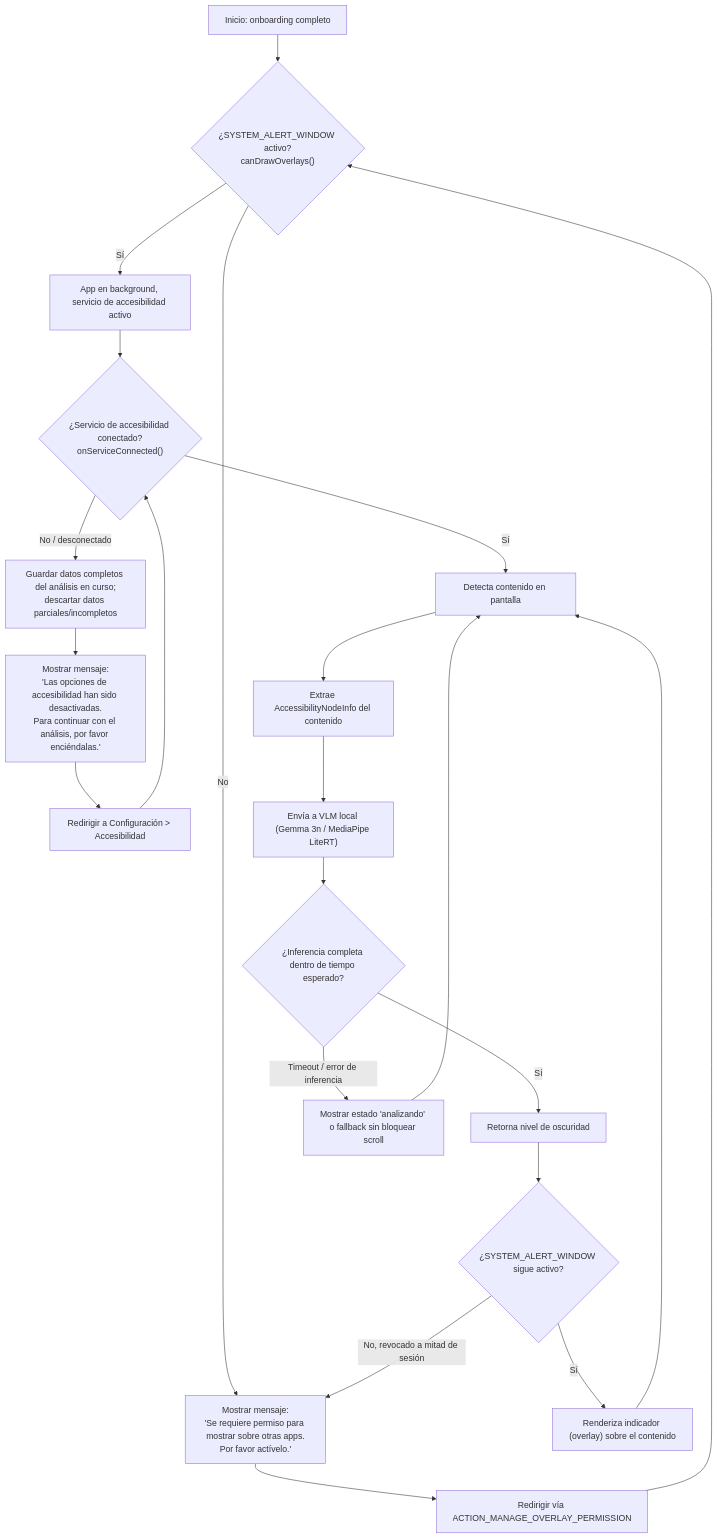
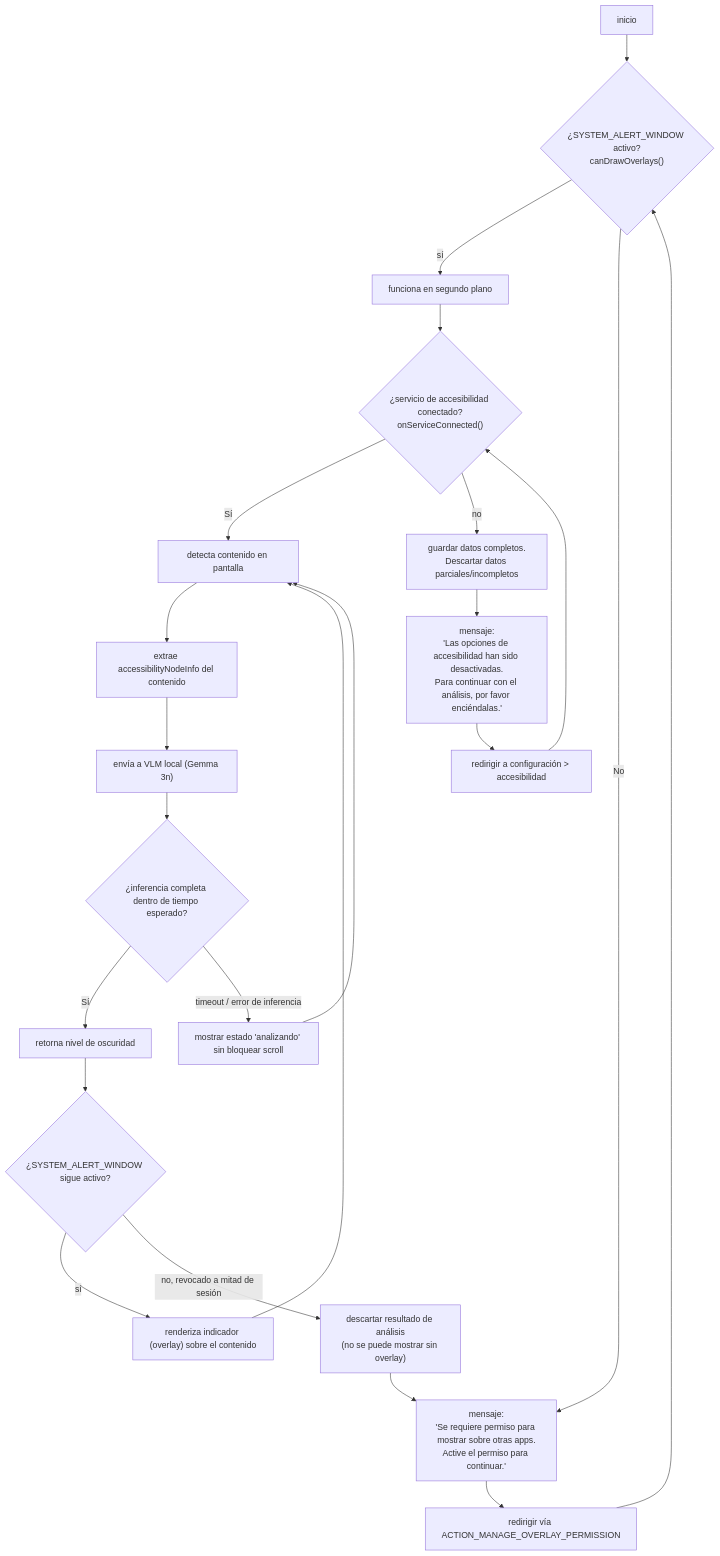
Before and after one commit to clifford1one-corteEstudioso/dis8vt2-2026-2: the second of 2 diagrams in sesion-02/entrega/README.md, drawn with Mermaid.

Commit message:
refinar mapa 3

````diff
--- a/sesion-02/entrega/README.md
+++ b/sesion-02/entrega/README.md
@@ -102,32 +102,33 @@
 ```mermaid
 flowchart TB
-    n0["Inicio: onboarding completo"] --> n0b{"¿SYSTEM_ALERT_WINDOW activo?<br/>canDrawOverlays()"}
-    n0b -->|Sí| n1["App en background, servicio de accesibilidad activo"]
-    n0b -->|No| n0c["Mostrar mensaje:<br/>'Se requiere permiso para mostrar sobre otras apps.<br/>Por favor actívelo.'"]
-    n0c --> n0d["Redirigir vía ACTION_MANAGE_OVERLAY_PERMISSION"]
+    n0["inicio"] --> n0b["¿SYSTEM_ALERT_WINDOW activo?<br>canDrawOverlays()"]
+    n0b -- sí --> n1["funciona en segundo plano"]
+    n0b -- No --> n0c@{ label: "mensaje:<br>'Se requiere permiso para mostrar sobre otras apps.<br>Active el permiso para continuar.'" }
+    n0c --> n0d["redirigir vía ACTION_MANAGE_OVERLAY_PERMISSION"]
     n0d --> n0b
-
-    n1 --> n2{"¿Servicio de accesibilidad conectado?<br/>onServiceConnected()"}
-    n2 -->|Sí| n3["Detecta contenido en pantalla"]
-    n2 -->|No / desconectado| n4["Guardar datos completos del análisis en curso;<br/>descartar datos parciales/incompletos"]
-    n4 --> n4b["Mostrar mensaje:<br/>'Las opciones de accesibilidad han sido desactivadas.<br/>Para continuar con el análisis, por favor enciéndalas.'"]
-    n4b --> n5["Redirigir a Configuración > Accesibilidad"]
+    n1 --> n2["¿servicio de accesibilidad conectado?<br>onServiceConnected()"]
+    n2 -- Sí --> n3["detecta contenido en pantalla"]
+    n2 -- no --> n4["guardar datos completos.<br>Descartar datos parciales/incompletos"]
+    n4 --> n4b@{ label: "mensaje:<br>'Las opciones de accesibilidad han sido desactivadas.<br>Para continuar con el análisis, por favor enciéndalas.'" }
+    n4b --> n5["redirigir a configuración &gt; accesibilidad"]
     n5 --> n2
-
-    n3 --> n6["Extrae AccessibilityNodeInfo del contenido"]
-    n6 --> n7["Envía a VLM local (Gemma 3n / MediaPipe LiteRT)"]
-    n7 --> n8{"¿Inferencia completa dentro de tiempo esperado?"}
-    n8 -->|Sí| n9["Retorna nivel de oscuridad"]
-    n8 -->|Timeout / error de inferencia| n10["Mostrar estado 'analizando' o fallback sin bloquear scroll"]
+    n3 --> n6["extrae accessibilityNodeInfo del contenido"]
+    n6 --> n7["envía a VLM local (Gemma 3n)"]
+    n7 --> n8["¿inferencia completa dentro de tiempo esperado?"]
+    n8 -- Sí --> n9["retorna nivel de oscuridad"]
+    n8 -- timeout / error de inferencia --> n10@{ label: "mostrar estado 'analizando' sin bloquear scroll" }
     n10 --> n3
-
-    n9 --> n11{"¿SYSTEM_ALERT_WINDOW sigue activo?"}
-    n11 -->|Sí| n12["Renderiza indicador (overlay) sobre el contenido"]
-    n11 -->|No, revocado a mitad de sesión| n0c
+    n9 --> n11["¿SYSTEM_ALERT_WINDOW sigue activo?"]
+    n11 -- sí --> n12["renderiza indicador (overlay) sobre el contenido"]
+    n11 -- no, revocado a mitad de sesión --> n11b["descartar resultado de análisis<br>(no se puede mostrar sin overlay)"]
+    n11b --> n0c
     n12 --> n3
 
     n0b@{ shape: diam}
+    n0c@{ shape: rect}
     n2@{ shape: diam}
+    n4b@{ shape: rect}
     n8@{ shape: diam}
+    n10@{ shape: rect}
     n11@{ shape: diam}
 ```
````
